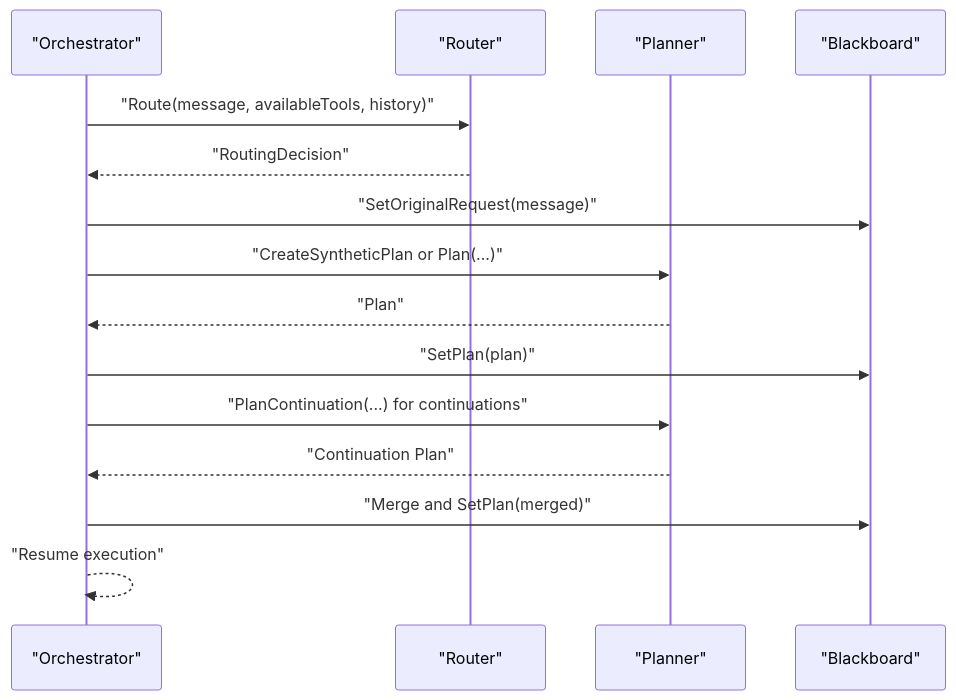
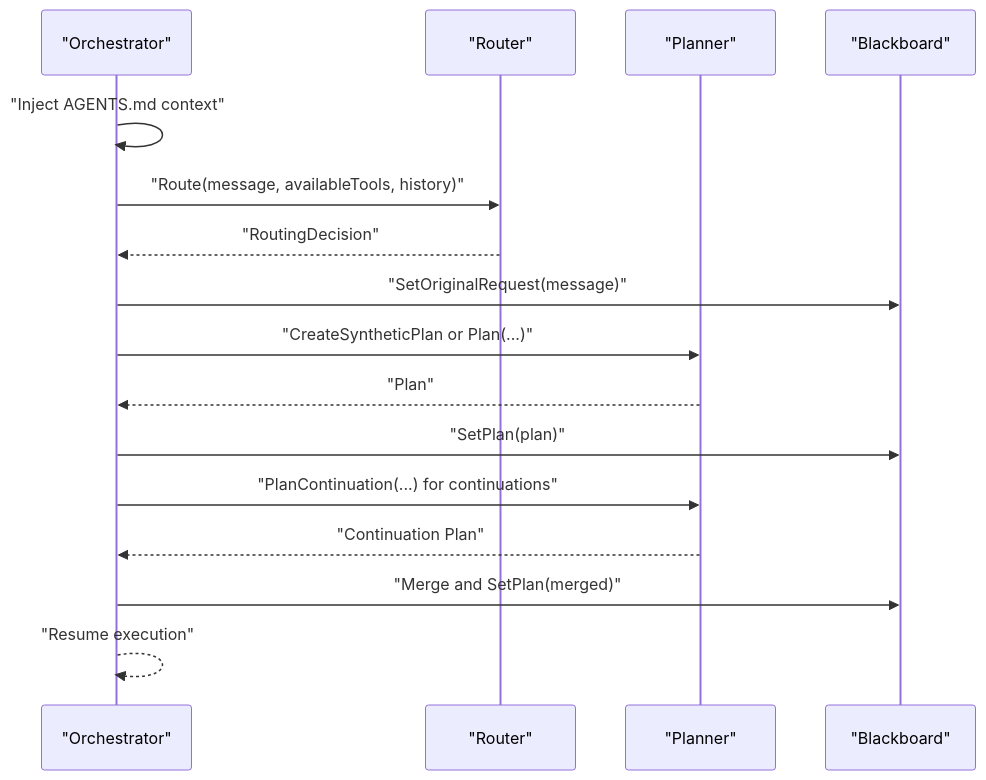
One commit to v0lka/c0wrk changed the fifth of 10 diagrams in .qoder/repowiki/en/content/Core AI Engine/Planner System.md. Above: the diagram before and after it, drawn with Mermaid. The commit also changed other lines of this file and 80 other files, not shown here.

````diff
--- a/.qoder/repowiki/en/content/Core AI Engine/Planner System.md
+++ b/.qoder/repowiki/en/content/Core AI Engine/Planner System.md
@@ -236,17 +263,18 @@
 ```mermaid
 sequenceDiagram
 participant Orchestrator as "Orchestrator"
 participant Router as "Router"
 participant Planner as "Planner"
 participant BB as "Blackboard"
+Orchestrator->>Orchestrator : "Inject AGENTS.md context"
 Orchestrator->>Router : "Route(message, availableTools, history)"
 Router-->>Orchestrator : "RoutingDecision"
 Orchestrator->>BB : "SetOriginalRequest(message)"
 Orchestrator->>Planner : "CreateSyntheticPlan or Plan(...)"
 Planner-->>Orchestrator : "Plan"
 Orchestrator->>BB : "SetPlan(plan)"
 Orchestrator->>Planner : "PlanContinuation(...) for continuations"
 Planner-->>Orchestrator : "Continuation Plan"
 Orchestrator->>BB : "Merge and SetPlan(merged)"
 Orchestrator-->>Orchestrator : "Resume execution"
 ```
````
